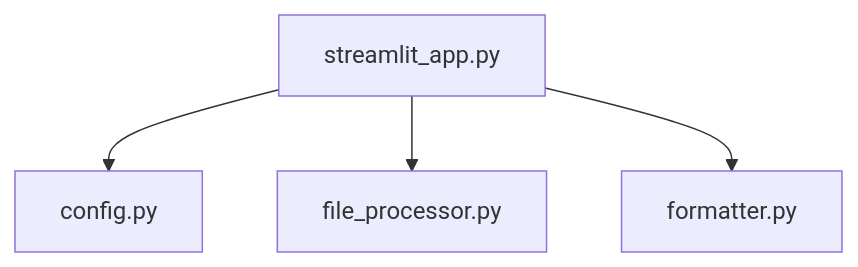
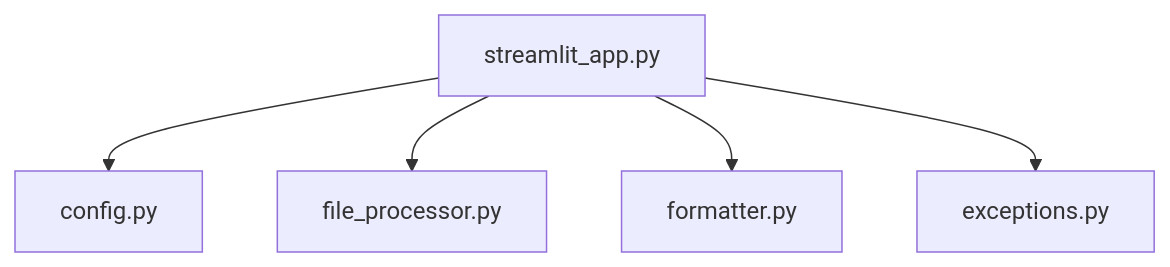
One commit to BjornMelin/code2prompt changed the first of 2 diagrams in README.md. Above: the diagram before and after it, drawn with Mermaid. The commit also changed other lines of this file and 5 other files, not shown here.

````diff
--- a/README.md
+++ b/README.md
@@ -37,6 +47,7 @@
 ```mermaid
 graph TD;
     A[streamlit_app.py] --> B[config.py]
     A --> C[file_processor.py]
     A --> D[formatter.py]
+    A --> E[exceptions.py]
 ```
````
